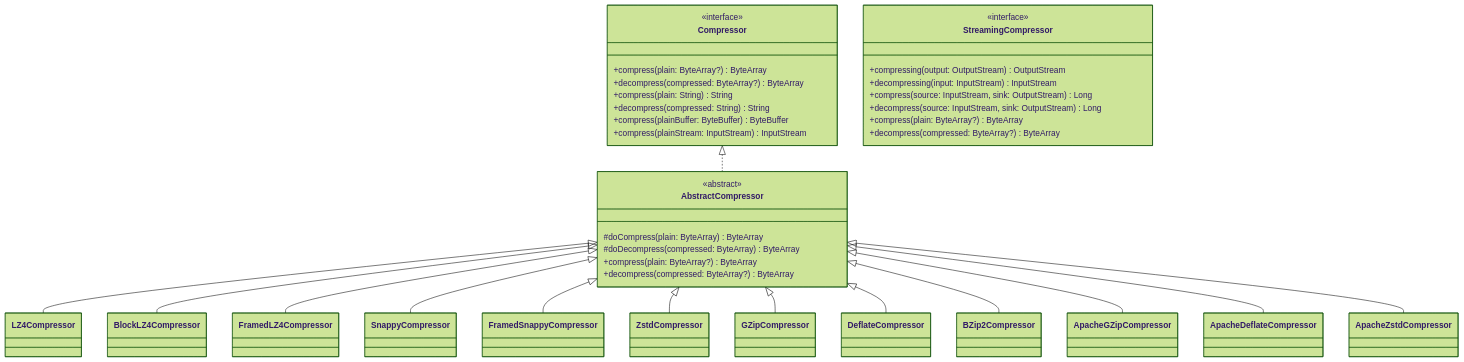
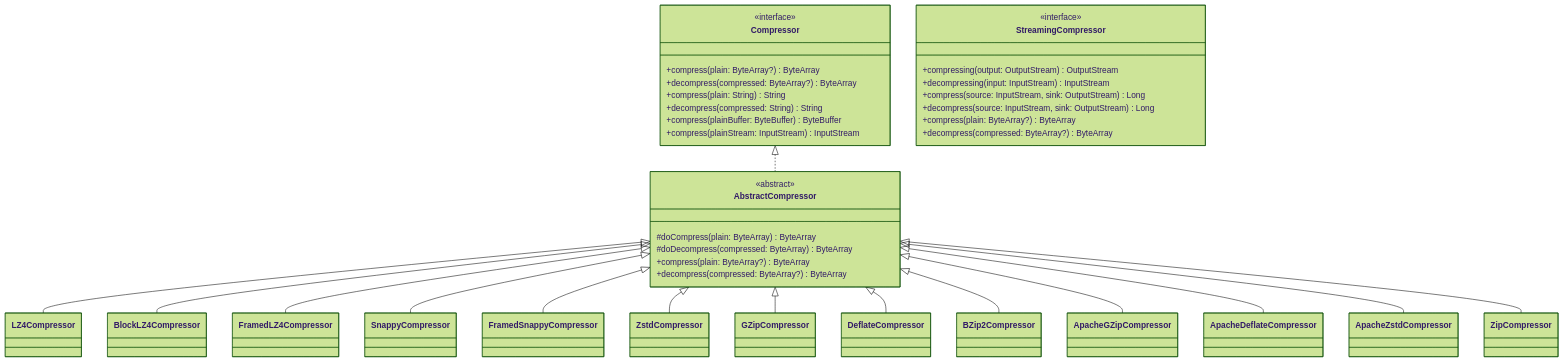
One commit to bluetape4k/bluetape4k-projects changed the first of 4 diagrams in io/io/README.md. Above: the diagram before and after it, drawn with Mermaid (forest theme). The commit also changed other lines of this file and 2 other files, not shown here.

````diff
--- a/io/io/README.md
+++ b/io/io/README.md
@@ -376,57 +417,59 @@
 ```mermaid
 classDiagram
     class Compressor {
         <<interface>>
         +compress(plain: ByteArray?) ByteArray
         +decompress(compressed: ByteArray?) ByteArray
         +compress(plain: String) String
         +decompress(compressed: String) String
         +compress(plainBuffer: ByteBuffer) ByteBuffer
         +compress(plainStream: InputStream) InputStream
     }
 
     class AbstractCompressor {
         <<abstract>>
         #doCompress(plain: ByteArray) ByteArray
         #doDecompress(compressed: ByteArray) ByteArray
         +compress(plain: ByteArray?) ByteArray
         +decompress(compressed: ByteArray?) ByteArray
     }
 
     class LZ4Compressor
     class BlockLZ4Compressor
     class FramedLZ4Compressor
     class SnappyCompressor
     class FramedSnappyCompressor
     class ZstdCompressor
     class GZipCompressor
     class DeflateCompressor
     class BZip2Compressor
     class ApacheGZipCompressor
     class ApacheDeflateCompressor
     class ApacheZstdCompressor
+    class ZipCompressor
 
     class StreamingCompressor {
         <<interface>>
         +compressing(output: OutputStream) OutputStream
         +decompressing(input: InputStream) InputStream
         +compress(source: InputStream, sink: OutputStream) Long
         +decompress(source: InputStream, sink: OutputStream) Long
         +compress(plain: ByteArray?) ByteArray
         +decompress(compressed: ByteArray?) ByteArray
     }
 
     Compressor <|.. AbstractCompressor
     AbstractCompressor <|-- LZ4Compressor
     AbstractCompressor <|-- BlockLZ4Compressor
     AbstractCompressor <|-- FramedLZ4Compressor
     AbstractCompressor <|-- SnappyCompressor
     AbstractCompressor <|-- FramedSnappyCompressor
     AbstractCompressor <|-- ZstdCompressor
     AbstractCompressor <|-- GZipCompressor
     AbstractCompressor <|-- DeflateCompressor
     AbstractCompressor <|-- BZip2Compressor
     AbstractCompressor <|-- ApacheGZipCompressor
     AbstractCompressor <|-- ApacheDeflateCompressor
     AbstractCompressor <|-- ApacheZstdCompressor
+    AbstractCompressor <|-- ZipCompressor
 ```
````
